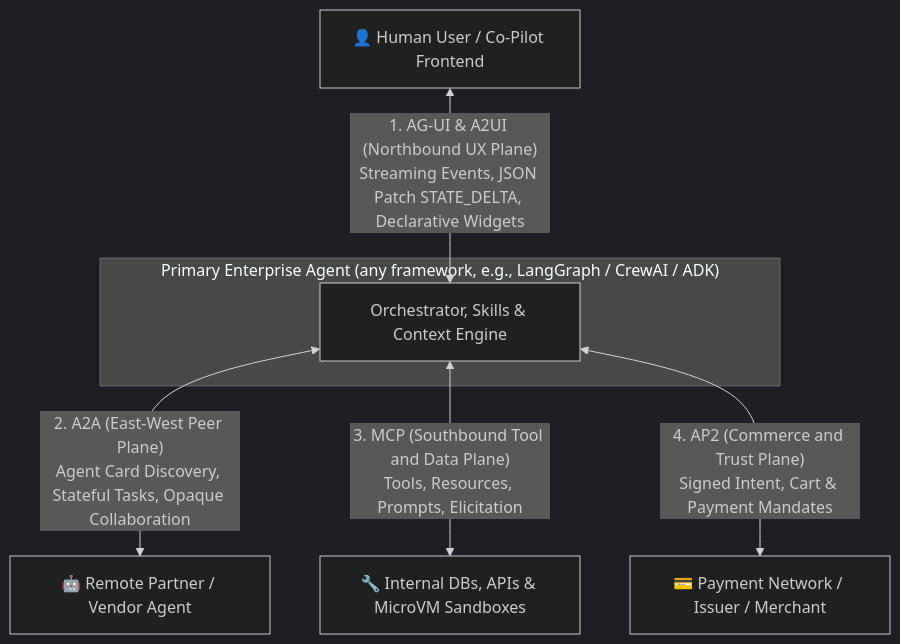
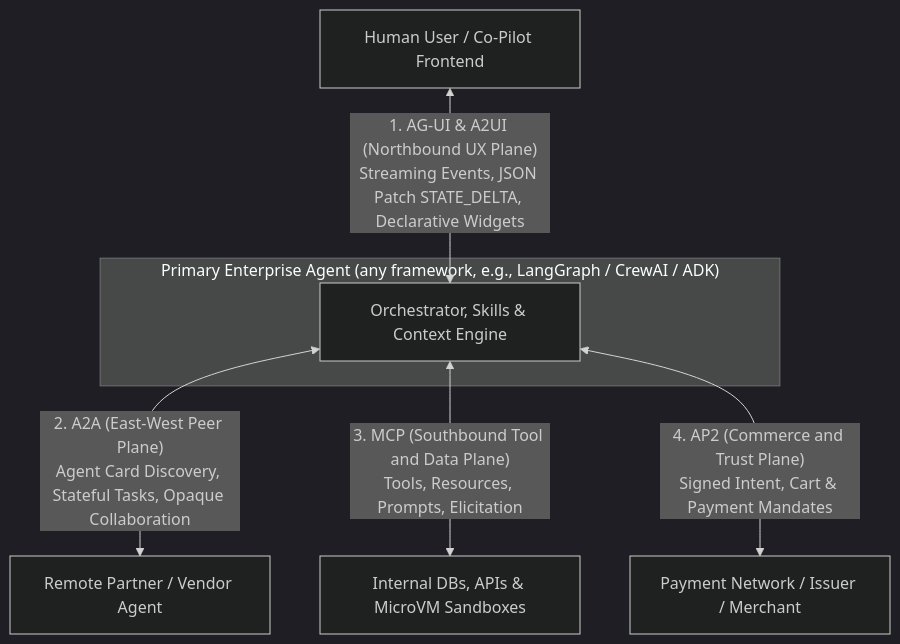
Before and after one commit to Rajdipc/agentic-ai-orchestration-patterns: the second of 3 diagrams in README.md, drawn with Mermaid (dark theme). The commit also changed other lines of this file and 23 other files, not shown here.

````diff
--- a/README.md
+++ b/README.md
@@ -113,13 +127,13 @@
 ```mermaid
 flowchart TD
-    Human["👤 Human User / Co-Pilot Frontend"]
+    Human["Human User / Co-Pilot Frontend"]
 
     subgraph Orch["Primary Enterprise Agent (any framework, e.g., LangGraph / CrewAI / ADK)"]
         Core["Orchestrator, Skills & Context Engine"]
     end
 
     Human <-->|"1. AG-UI & A2UI (Northbound UX Plane)<br/>Streaming Events, JSON Patch STATE_DELTA, Declarative Widgets"| Core
-    Core <-->|"2. A2A (East-West Peer Plane)<br/>Agent Card Discovery, Stateful Tasks, Opaque Collaboration"| Peer["🤖 Remote Partner / Vendor Agent"]
-    Core <-->|"3. MCP (Southbound Tool and Data Plane)<br/>Tools, Resources, Prompts, Elicitation"| Tools["🔧 Internal DBs, APIs & MicroVM Sandboxes"]
-    Core <-->|"4. AP2 (Commerce and Trust Plane)<br/>Signed Intent, Cart & Payment Mandates"| Pay["💳 Payment Network / Issuer / Merchant"]
+    Core <-->|"2. A2A (East-West Peer Plane)<br/>Agent Card Discovery, Stateful Tasks, Opaque Collaboration"| Peer["Remote Partner / Vendor Agent"]
+    Core <-->|"3. MCP (Southbound Tool and Data Plane)<br/>Tools, Resources, Prompts, Elicitation"| Tools["Internal DBs, APIs & MicroVM Sandboxes"]
+    Core <-->|"4. AP2 (Commerce and Trust Plane)<br/>Signed Intent, Cart & Payment Mandates"| Pay["Payment Network / Issuer / Merchant"]
 ```
````
